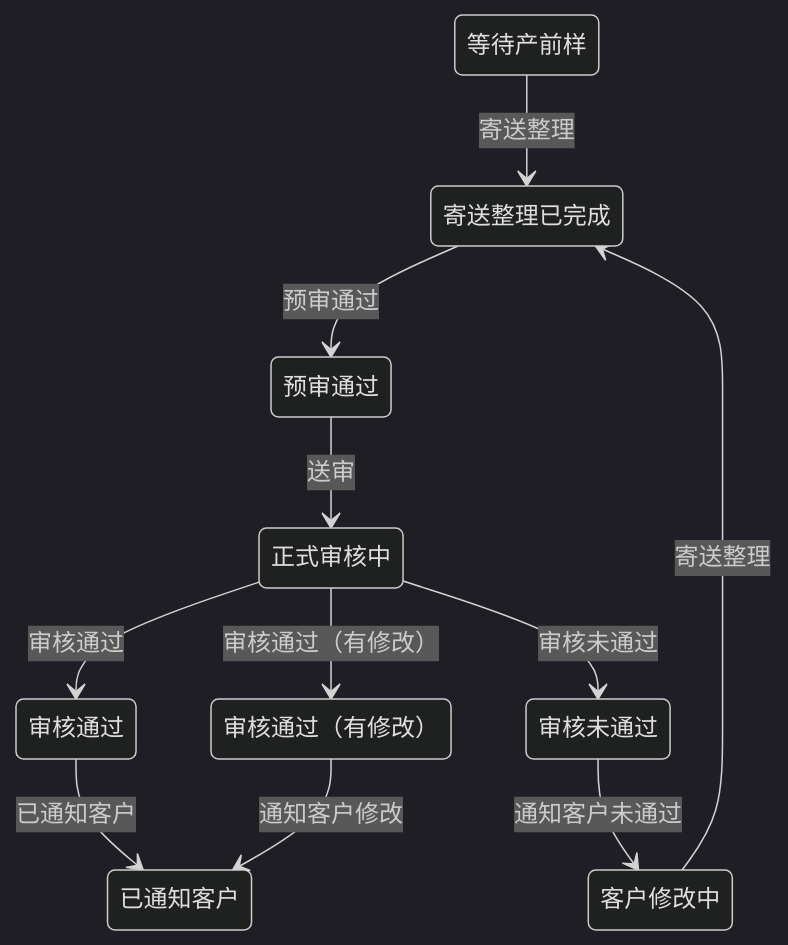
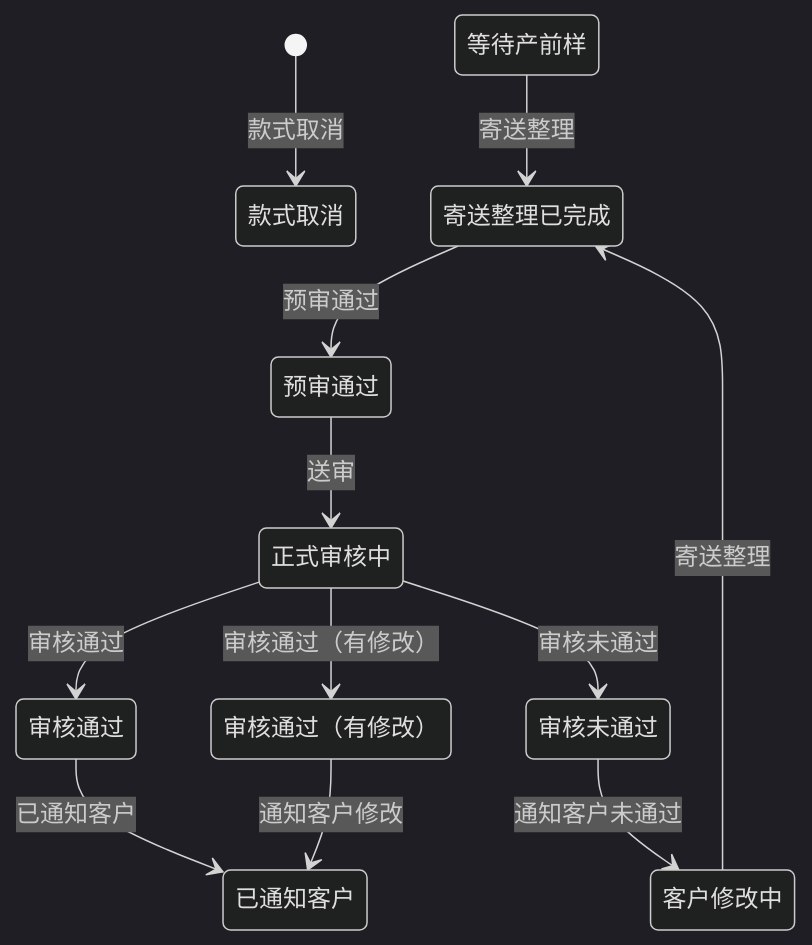
Before and after one commit to FIPOCHINA/fipo-fsm: the diagram in docs/PPS_display.mermaid, drawn with Mermaid (dark theme). The commit also changed 23 other files, not shown here.

```diff
--- a/docs/PPS_display.mermaid
+++ b/docs/PPS_display.mermaid
@@ -1,11 +1,12 @@
 stateDiagram-v2
+[*] --> 款式取消 : 款式取消
 等待产前样 --> 寄送整理已完成 : 寄送整理
 寄送整理已完成 --> 预审通过 : 预审通过
 预审通过 --> 正式审核中 : 送审
 正式审核中 --> 审核通过 : 审核通过
 正式审核中 --> 审核未通过 : 审核未通过
 正式审核中 --> 审核通过（有修改） : 审核通过（有修改）
 审核通过 --> 已通知客户 : 已通知客户
 审核未通过 --> 客户修改中 : 通知客户未通过
 客户修改中 --> 寄送整理已完成 : 寄送整理
 审核通过（有修改） --> 已通知客户 : 通知客户修改
```
